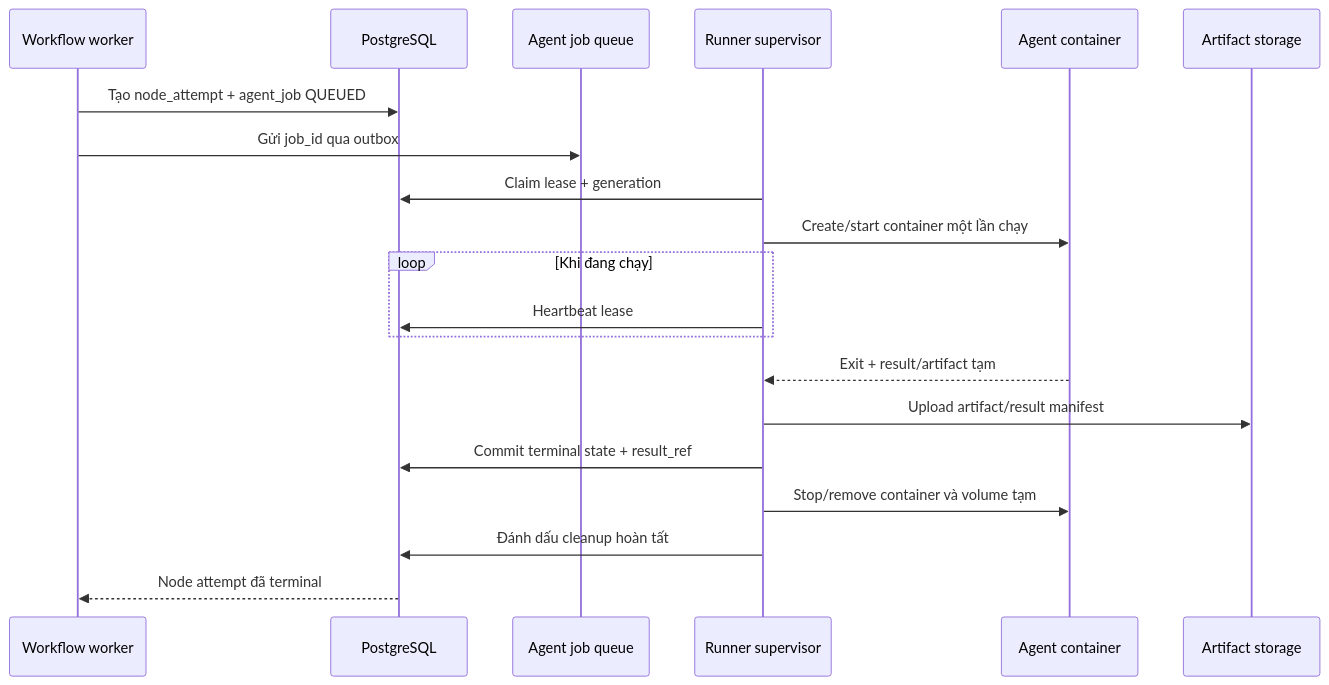
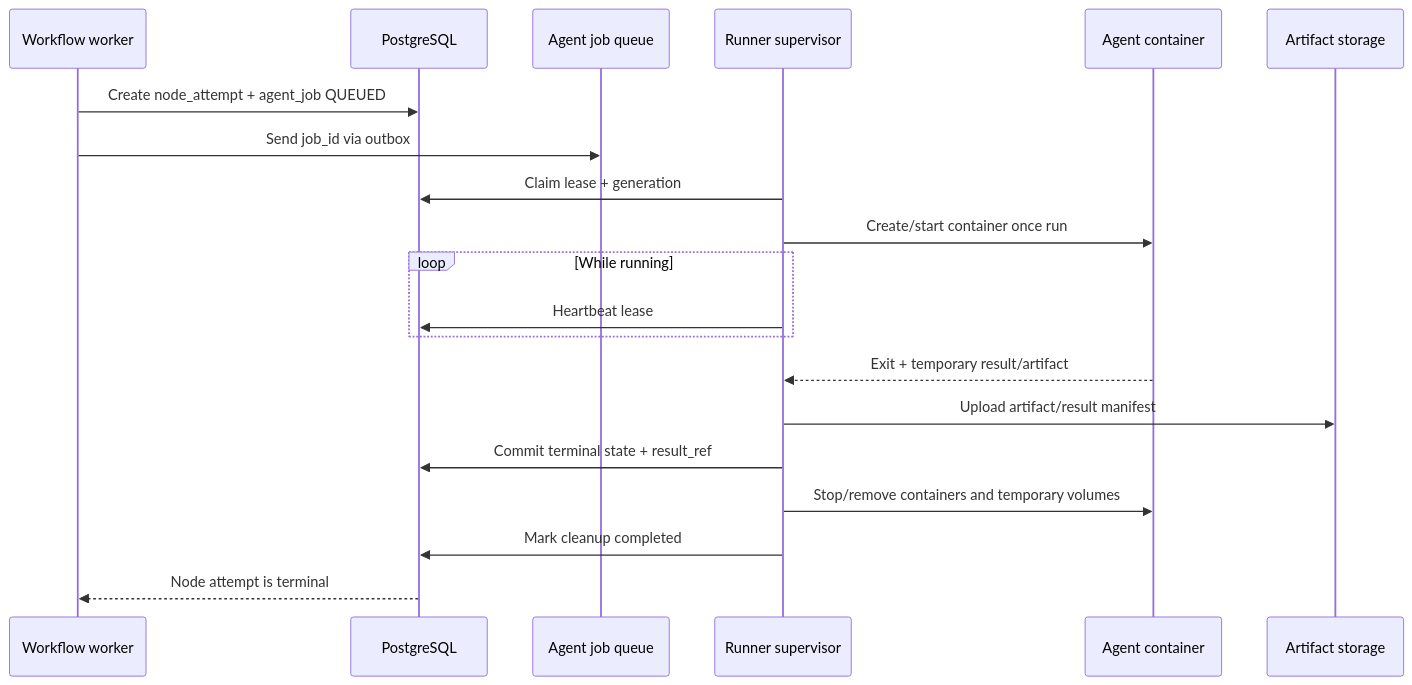
Before and after one commit to ndthangit/AgentFlow: the second of 2 diagrams in docs/ephemeral-agent-runtime.md, drawn with Mermaid. The commit also changed other lines of this file and 39 other files, not shown here.

````diff
--- a/docs/ephemeral-agent-runtime.md
+++ b/docs/ephemeral-agent-runtime.md
@@ -146,23 +146,23 @@
 ```mermaid
 sequenceDiagram
     participant W as Workflow worker
     participant D as PostgreSQL
     participant Q as Agent job queue
     participant R as Runner supervisor
     participant C as Agent container
     participant A as Artifact storage
 
-    W->>D: Tạo node_attempt + agent_job QUEUED
-    W->>Q: Gửi job_id qua outbox
+    W->>D: Create node_attempt + agent_job QUEUED
+    W->>Q: Send job_id via outbox
     R->>D: Claim lease + generation
-    R->>C: Create/start container một lần chạy
-    loop Khi đang chạy
+    R->>C: Create/start container once run
+    loop While running
         R->>D: Heartbeat lease
     end
-    C-->>R: Exit + result/artifact tạm
+    C-->>R: Exit + temporary result/artifact
     R->>A: Upload artifact/result manifest
     R->>D: Commit terminal state + result_ref
-    R->>C: Stop/remove container và volume tạm
-    R->>D: Đánh dấu cleanup hoàn tất
-    D-->>W: Node attempt đã terminal
+    R->>C: Stop/remove containers and temporary volumes
+    R->>D: Mark cleanup completed
+    D-->>W: Node attempt is terminal
 ```
````
